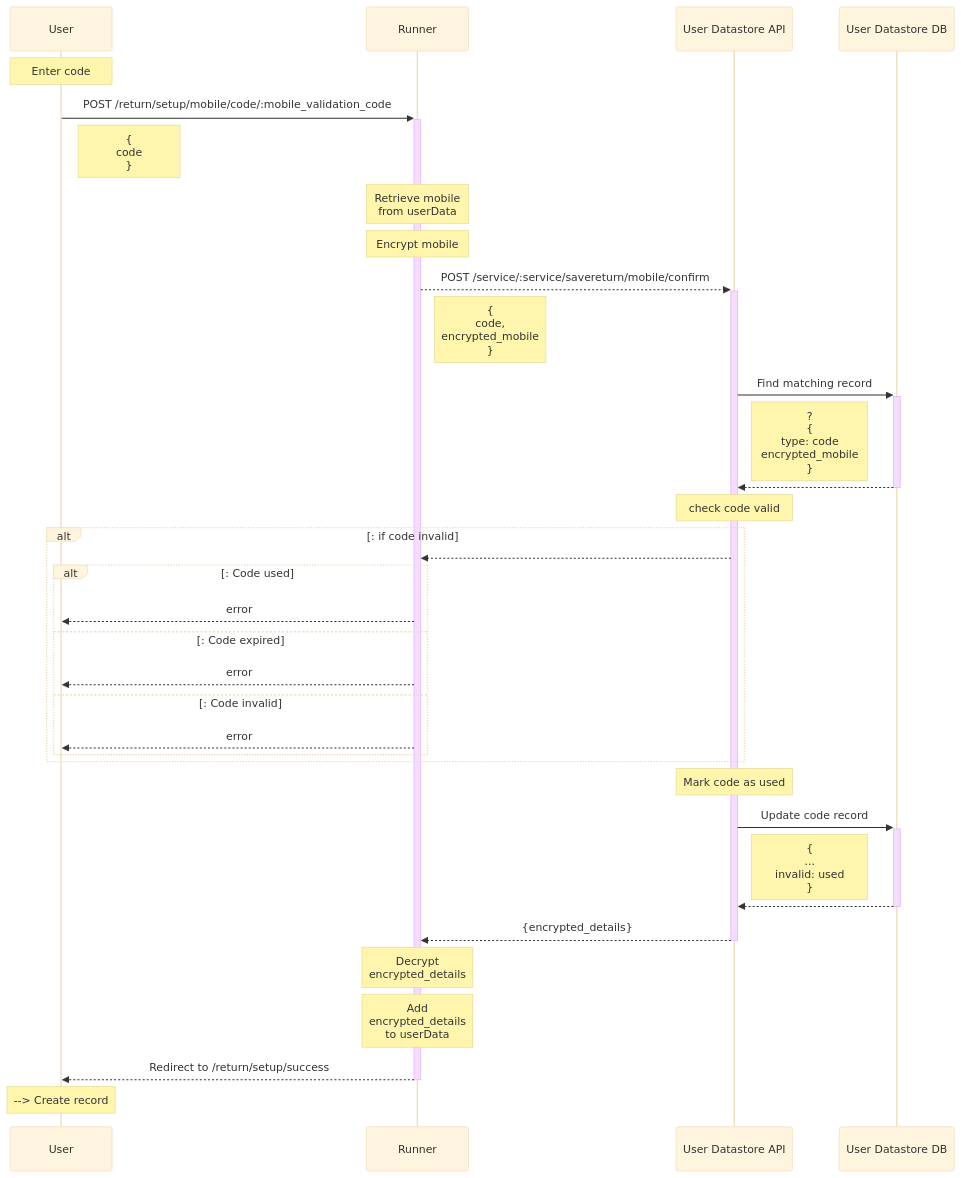
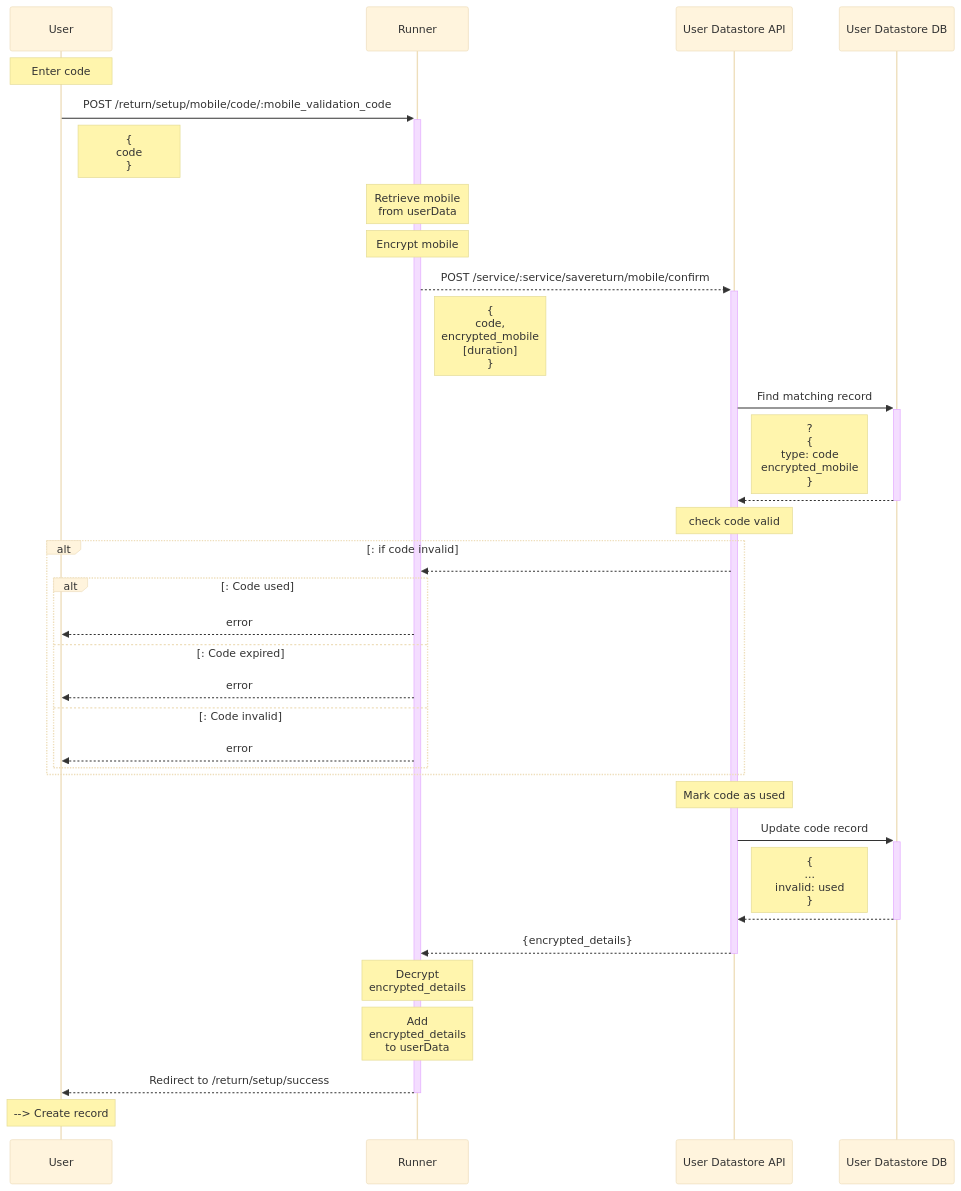
Before and after one commit to ministryofjustice/form-builder: the diagram in documentation/running/save-and-return/files/return--setup--mobile-validation.mmd, drawn with Mermaid (base theme). The commit also changed 3 other files, not shown here.

Commit message:
Add duration params to save and return sequence images

```diff
--- a/documentation/running/save-and-return/files/return--setup--mobile-validation.mmd
+++ b/documentation/running/save-and-return/files/return--setup--mobile-validation.mmd
@@ -1,69 +1,69 @@
 sequenceDiagram
 
 participant U as User
 
 participant R as Runner
 
 participant DS as User Datastore API
 
 participant DB as User Datastore DB
 
 Note over U: Enter code
 
 U->>+R: POST /return/setup/mobile/code/:mobile_validation_code
 
 Note right of U: {<br>code<br>}
 
 Note over R: Retrieve mobile<br>from userData
 
 Note over R: Encrypt mobile
 
 R-->>+DS: POST /service/:service/savereturn/mobile/confirm
 
-Note right of R: {<br>code,<br>encrypted_mobile<br>}
+Note right of R: {<br>code,<br>encrypted_mobile<br>[duration]<br>}
 
 DS->>+DB: Find matching record
 
 Note right of DS: ? <br>{<br>type: code<br>encrypted_mobile<br>}
 
 DB-->>-DS:  
 
 Note over DS: check code valid
 
 alt: if code invalid
 
   DS-->>R:  
 
   alt: Code used
 
     R-->>U: error
 
   else: Code expired
 
     R-->>U: error
 
   else: Code invalid
 
     R-->>U: error
 
   end
 
 end
 
   Note over DS: Mark code as used
 
   DS->>+DB: Update code record 
 
   Note right of DS: {<br>...<br>invalid: used<br>}
 
   DB-->>-DS: 
 
 DS-->>-R:   {encrypted_details}
 
 Note over R: Decrypt <br>encrypted_details
 
 Note over R: Add <br>encrypted_details<br>to userData
 
 R-->>-U: Redirect to /return/setup/success
 
 Note over U: --> Create record
```
